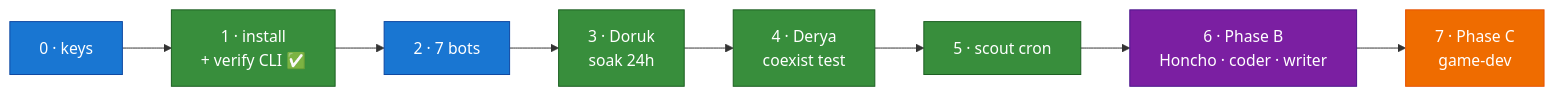
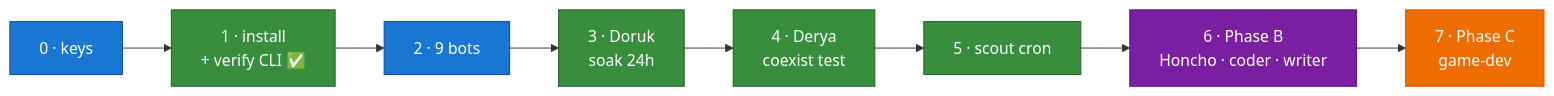
Before and after one commit to mpolatcan/hermes-setup: the diagram in docs/13-deployment-runbook.md, drawn with Mermaid. The commit also changed other lines of this file and 8 other files, not shown here.

````diff
--- a/docs/13-deployment-runbook.md
+++ b/docs/13-deployment-runbook.md
@@ -11,11 +11,11 @@
 ```mermaid
 flowchart LR
-    s0["0 · keys"]:::p --> s1["1 · install<br/>+ verify CLI ✅"]:::a --> s2["2 · 7 bots"]:::p
+    s0["0 · keys"]:::p --> s1["1 · install<br/>+ verify CLI ✅"]:::a --> s2["2 · 9 bots"]:::p
     s2 --> s3["3 · Doruk<br/>soak 24h"]:::a --> s4["4 · Derya<br/>coexist test"]:::a --> s5["5 · scout cron"]:::a
     s5 --> s6["6 · Phase B<br/>Honcho · coder · writer"]:::b --> s7["7 · Phase C<br/>game-dev"]:::c
     classDef p fill:#1976D2,stroke:#0D47A1,color:#fff
     classDef v fill:#D32F2F,stroke:#B71C1C,color:#fff
     classDef a fill:#388E3C,stroke:#1B5E20,color:#fff
     classDef b fill:#7B1FA2,stroke:#4A148C,color:#fff
     classDef c fill:#EF6C00,stroke:#E65100,color:#fff
 ```
````
